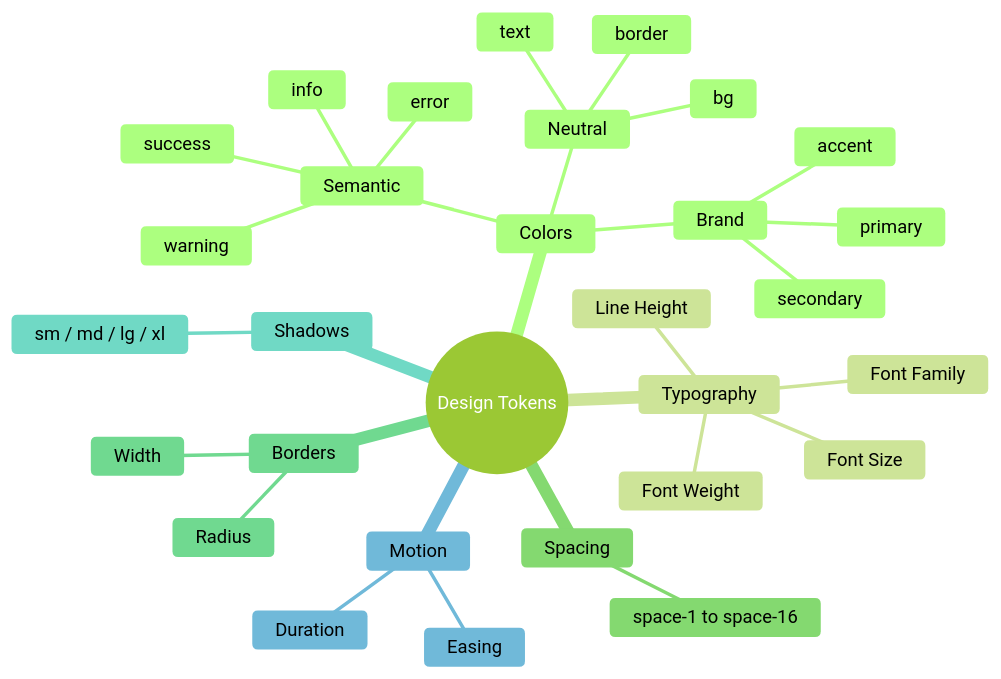
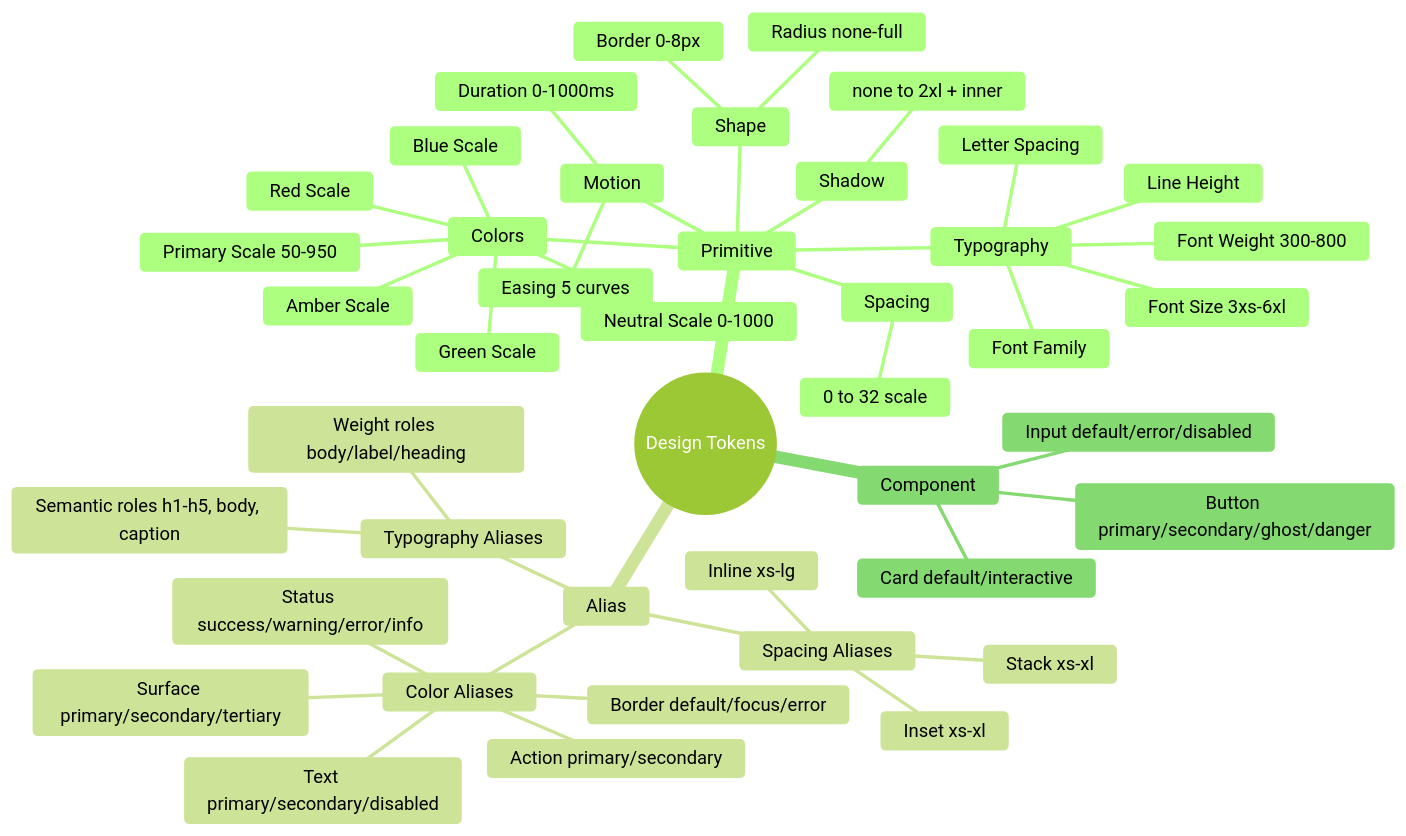
Before and after one commit to upleat-ax/u-maker-plugin: the second of 2 diagrams in templates/03-dev/3_DesignToken_UX.template.md, drawn with Mermaid (forest theme). The commit also changed other lines of this file and 29 other files, not shown here.

````diff
--- a/templates/03-dev/3_DesignToken_UX.template.md
+++ b/templates/03-dev/3_DesignToken_UX.template.md
@@ -267,33 +739,46 @@
 ```mermaid
 mindmap
     root((Design Tokens))
-        Colors
-            Brand
-                primary
-                secondary
-                accent
-            Semantic
-                success
-                warning
-                error
-                info
-            Neutral
-                bg
-                text
-                border
-        Typography
-            Font Family
-            Font Size
-            Font Weight
-            Line Height
-        Spacing
-            space-1 to space-16
-        Borders
-            Radius
-            Width
-        Shadows
-            sm / md / lg / xl
-        Motion
-            Duration
-            Easing
+        Primitive
+            Colors
+                Primary Scale 50-950
+                Neutral Scale 0-1000
+                Green Scale
+                Red Scale
+                Amber Scale
+                Blue Scale
+            Typography
+                Font Family
+                Font Size 3xs-6xl
+                Font Weight 300-800
+                Line Height
+                Letter Spacing
+            Spacing
+                0 to 32 scale
+            Shape
+                Radius none-full
+                Border 0-8px
+            Shadow
+                none to 2xl + inner
+            Motion
+                Duration 0-1000ms
+                Easing 5 curves
+        Alias
+            Color Aliases
+                Action primary/secondary
+                Status success/warning/error/info
+                Surface primary/secondary/tertiary
+                Text primary/secondary/disabled
+                Border default/focus/error
+            Typography Aliases
+                Semantic roles h1-h5, body, caption
+                Weight roles body/label/heading
+            Spacing Aliases
+                Inset xs-xl
+                Stack xs-xl
+                Inline xs-lg
+        Component
+            Button primary/secondary/ghost/danger
+            Input default/error/disabled
+            Card default/interactive
 ```
````
